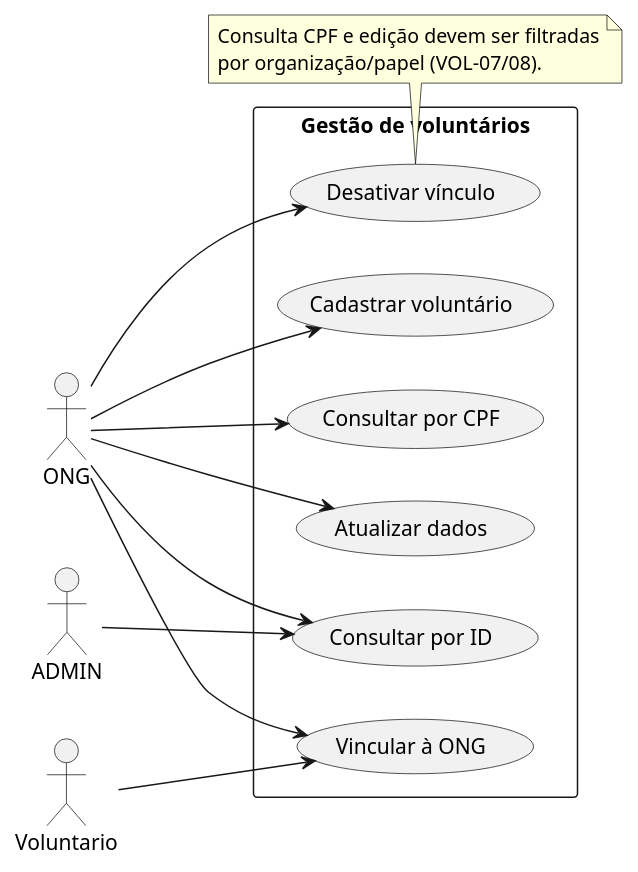
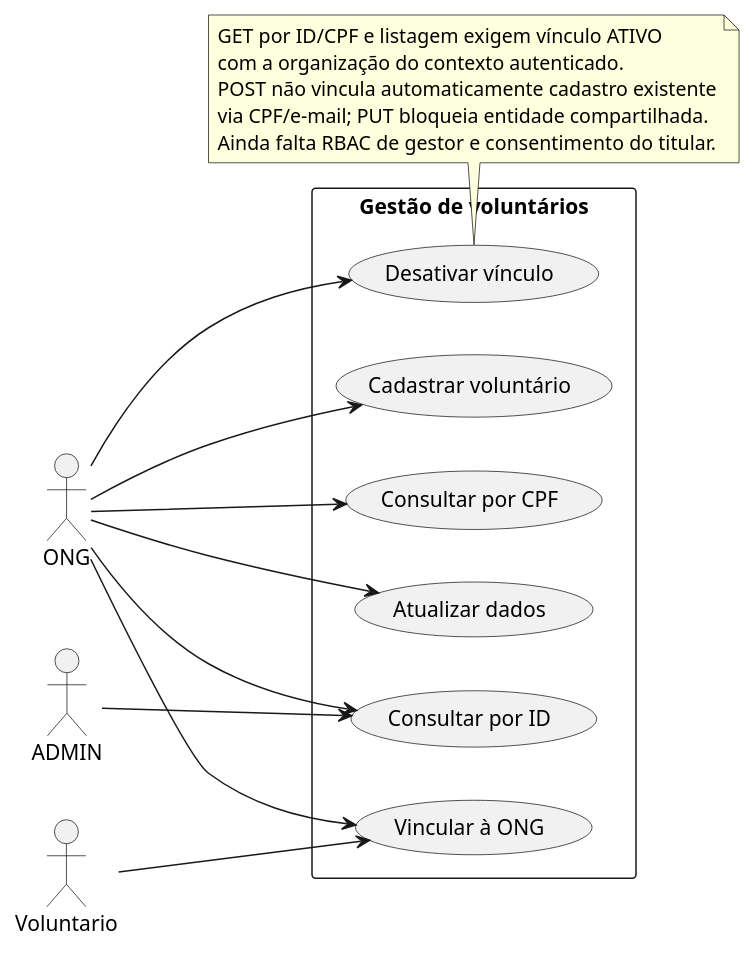
One commit to DanieldeAlmeida2024/FoodBridge-API-Kotlin changed the diagram in docs/uml/12_casos_uso_voluntarios.puml. Above: the diagram before and after it, drawn with PlantUML. The commit also changed 8 other files, not shown here.

```diff
--- a/docs/uml/12_casos_uso_voluntarios.puml
+++ b/docs/uml/12_casos_uso_voluntarios.puml
@@ -1,26 +1,29 @@
 @startuml
 left to right direction
 actor ONG
 actor ADMIN
 actor Voluntario
 rectangle "Gestão de voluntários" {
  usecase "Cadastrar voluntário" as A
  usecase "Consultar por ID" as B
  usecase "Consultar por CPF" as C
  usecase "Vincular à ONG" as D
  usecase "Atualizar dados" as E
  usecase "Desativar vínculo" as F
 }
 ONG --> A
 ONG --> B
 ONG --> C
 ONG --> D
 ONG --> E
 ONG --> F
 Voluntario --> D
 ADMIN --> B
 note bottom
-Consulta CPF e edição devem ser filtradas
-por organização/papel (VOL-07/08).
+GET por ID/CPF e listagem exigem vínculo ATIVO
+com a organização do contexto autenticado.
+POST não vincula automaticamente cadastro existente
+via CPF/e-mail; PUT bloqueia entidade compartilhada.
+Ainda falta RBAC de gestor e consentimento do titular.
 end note
 @enduml
```
